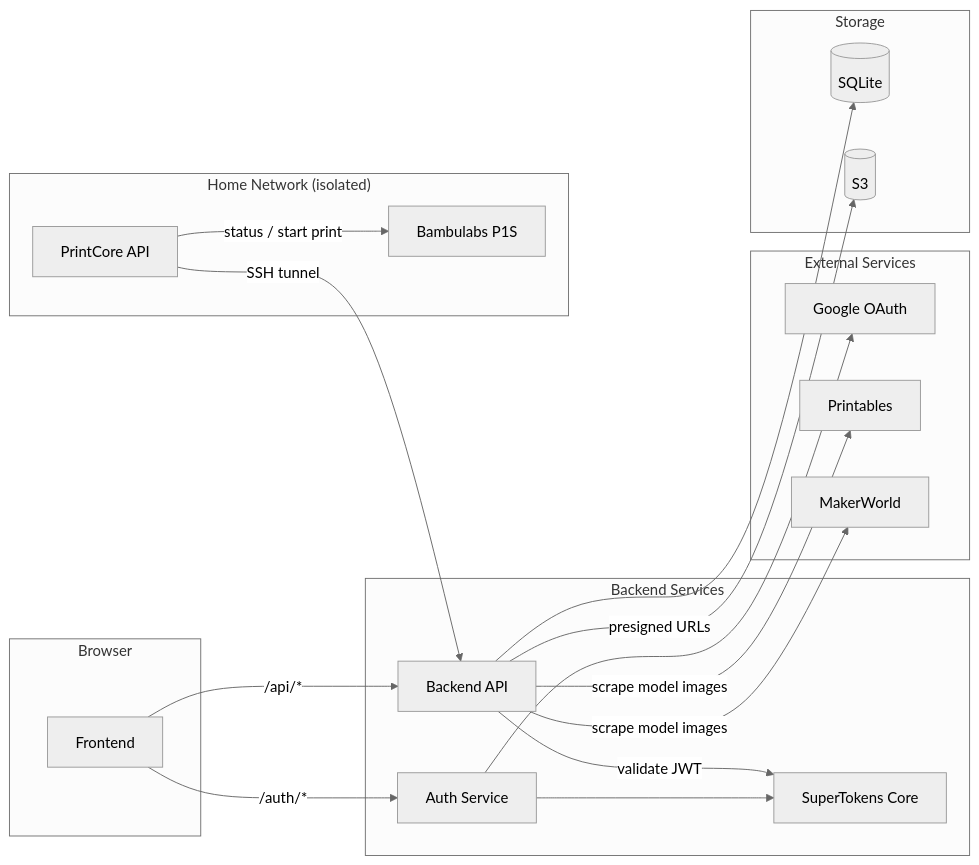
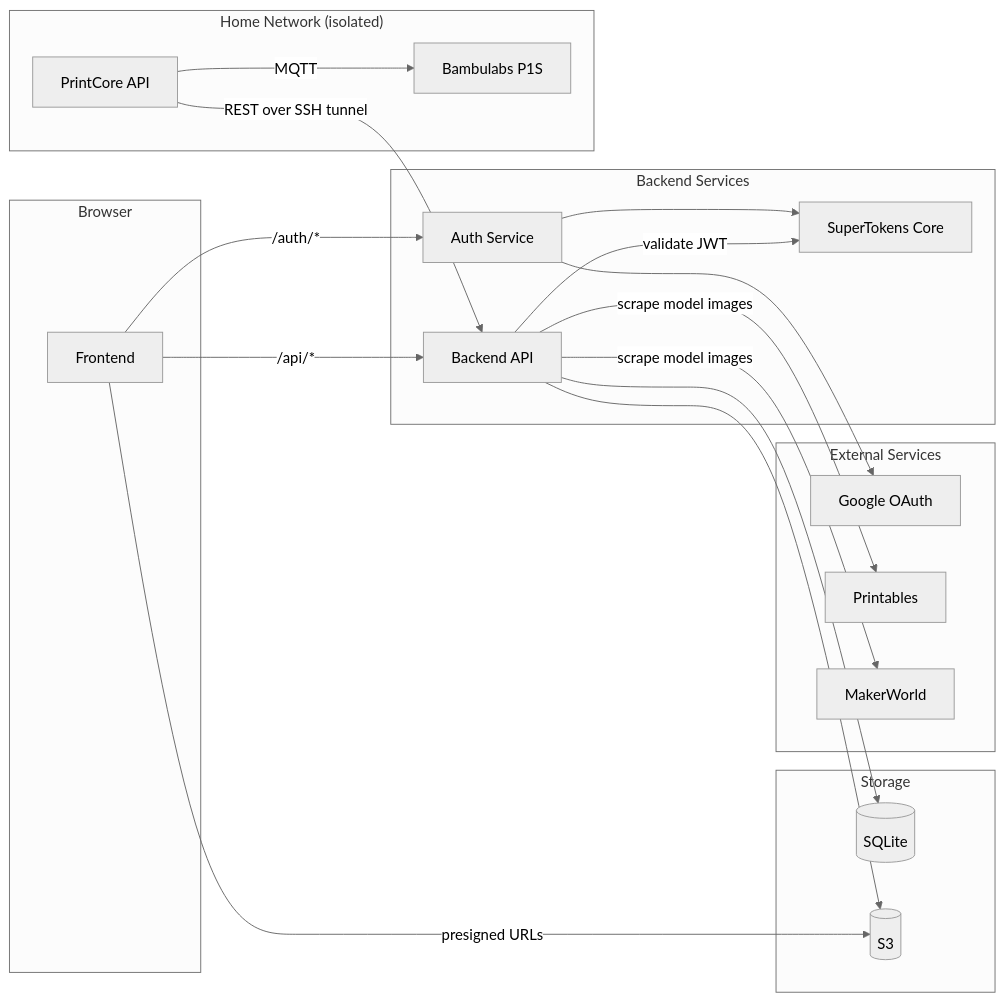
Before and after one commit to ejoneid/print-flow: the diagram in README.md, drawn with Mermaid (neutral theme).

Commit message:
chore: update architecture diagram

````diff
--- a/README.md
+++ b/README.md
@@ -18,43 +18,44 @@
 ```mermaid
 graph LR
     subgraph Client["Browser"]
         FE["Frontend"]
     end
 
     subgraph Services["Backend Services"]
         BE["Backend API"]
         AUTH["Auth Service"]
         ST["SuperTokens Core"]
     end
 
     subgraph External["External Services"]
         GOOGLE["Google OAuth"]
         PRINTABLES["Printables"]
         MAKERWORLD["MakerWorld"]
     end
 
     subgraph Storage["Storage"]
         DB[("SQLite")]
         S3[("S3")]
     end
 
     subgraph HomeNetwork["Home Network (isolated)"]
-        PRINTER["PrintCore API"]
+        PrintCore["PrintCore API"]
         BAMBU["Bambulabs P1S"]
     end
 
     FE -- "/api/*" --> BE
     FE -- "/auth/*" --> AUTH
 
     BE -- "validate JWT" --> ST
     BE --> DB
-    BE -- "presigned URLs" --> S3
-    PRINTER -- "SSH tunnel" --> BE
+    BE --> S3
+    FE -- "presigned URLs" --> S3
+    PrintCore -- "REST over SSH tunnel" --> BE
     BE -- "scrape model images" --> PRINTABLES
     BE -- "scrape model images" --> MAKERWORLD
 
     AUTH --> ST
     AUTH --> GOOGLE
 
-    PRINTER -- "status / start print" --> BAMBU
+    PrintCore -- "MQTT" --> BAMBU
 ```
````
